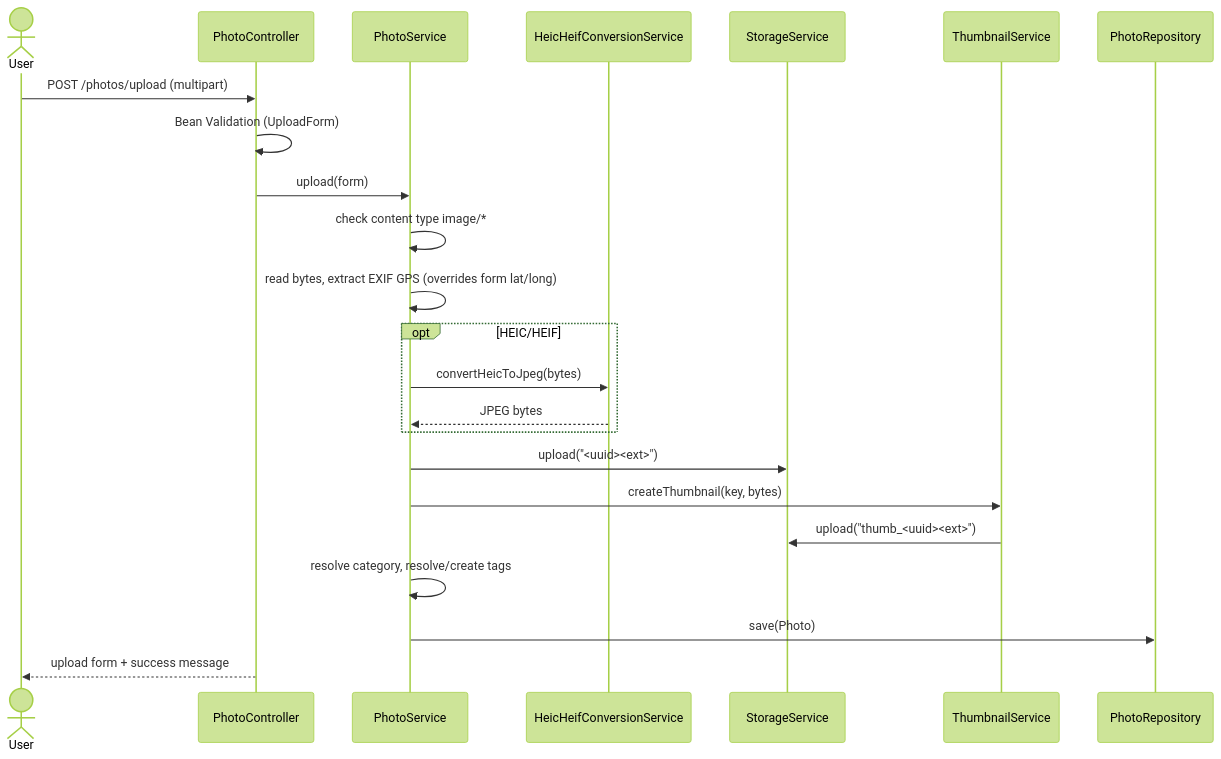
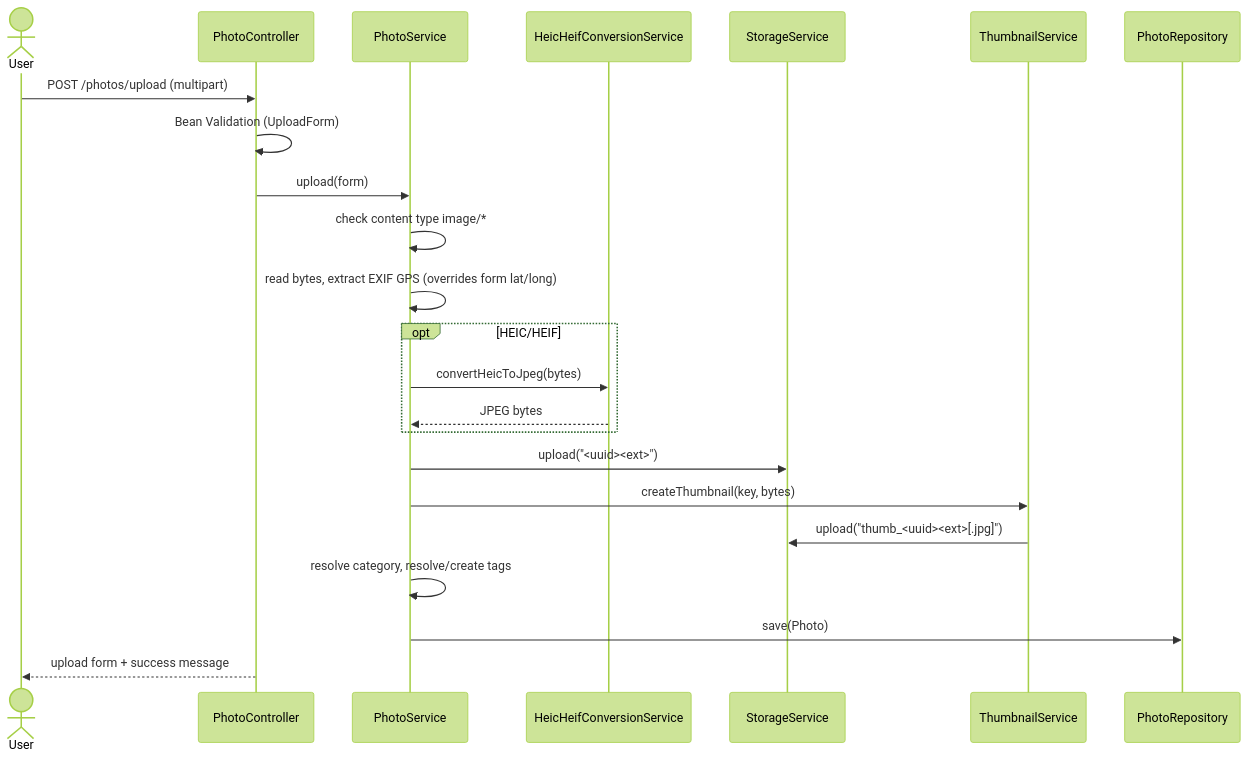
One commit to moser-systems/picstr changed the second of 3 diagrams in docs/SPEC.md. Above: the diagram before and after it, drawn with Mermaid (forest theme). The commit also changed other lines of this file and 16 other files, not shown here.

````diff
--- a/docs/SPEC.md
+++ b/docs/SPEC.md
@@ -275,26 +275,26 @@
 ```mermaid
 sequenceDiagram
     actor U as User
     participant C as PhotoController
     participant P as PhotoService
     participant H as HeicHeifConversionService
     participant S as StorageService
     participant T as ThumbnailService
     participant R as PhotoRepository
 
     U->>C: POST /photos/upload (multipart)
     C->>C: Bean Validation (UploadForm)
     C->>P: upload(form)
     P->>P: check content type image/*
     P->>P: read bytes, extract EXIF GPS (overrides form lat/long)
     opt HEIC/HEIF
         P->>H: convertHeicToJpeg(bytes)
         H-->>P: JPEG bytes
     end
     P->>S: upload("<uuid><ext>")
     P->>T: createThumbnail(key, bytes)
-    T->>S: upload("thumb_<uuid><ext>")
+    T->>S: upload("thumb_<uuid><ext>[.jpg]")
     P->>P: resolve category, resolve/create tags
     P->>R: save(Photo)
     C-->>U: upload form + success message
 ```
````
